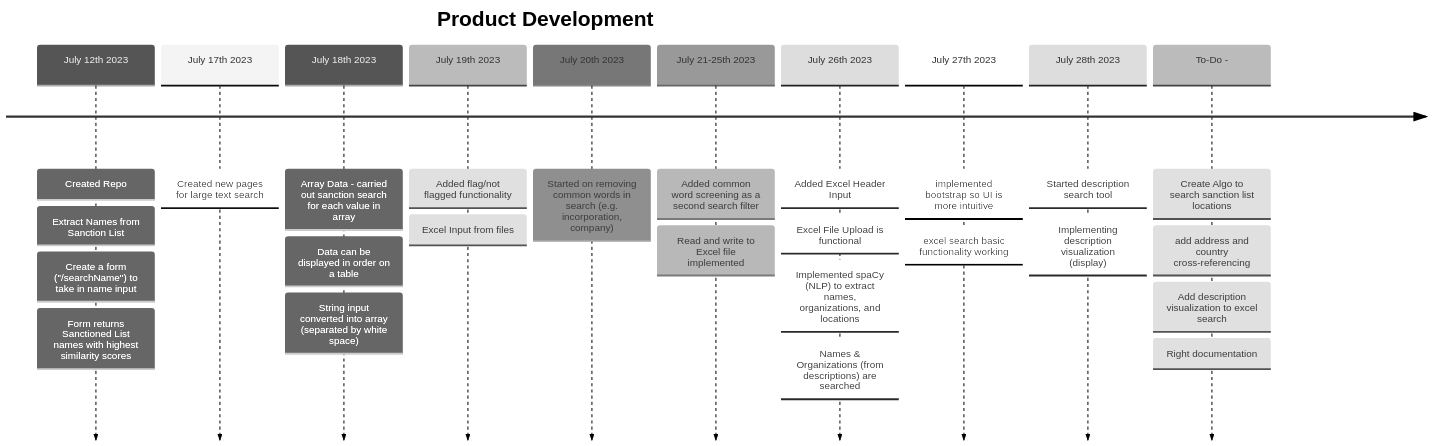
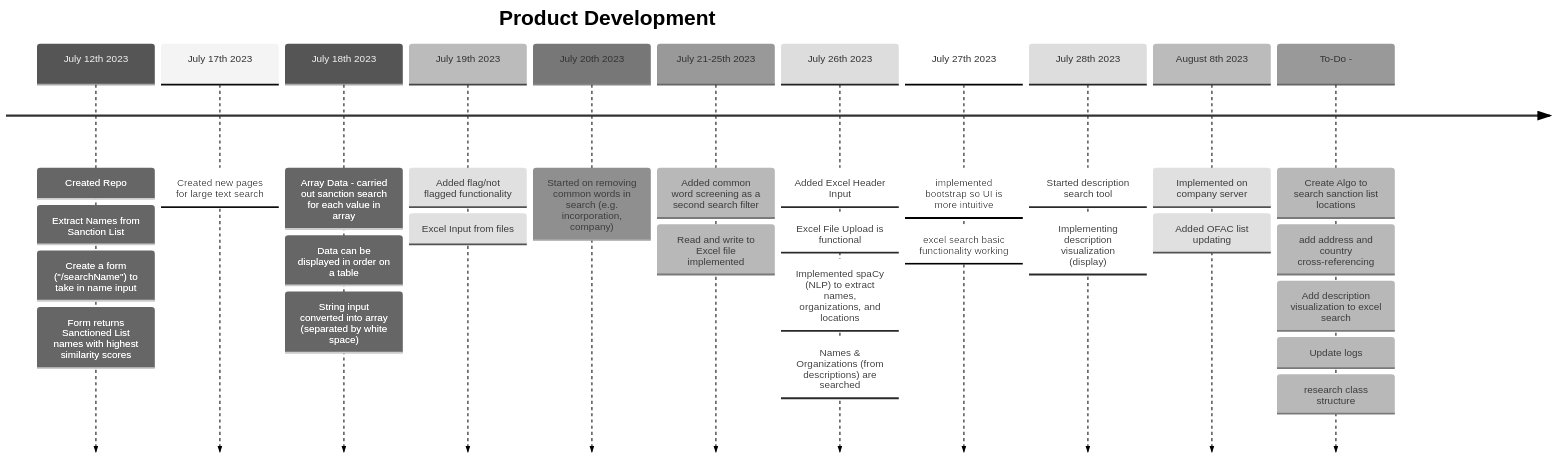
Before and after one commit to james-csy/sanctionlistchecker: the diagram in README.md, drawn with Mermaid (neutral theme).

````diff
--- a/README.md
+++ b/README.md
@@ -6,14 +6,15 @@
 ```mermaid
 timeline
     title Product Development
     July 12th 2023: Created Repo: Extract Names from Sanction List: Create a form ("/searchName") to take in name input: Form returns Sanctioned List names with highest similarity scores
     July 17th 2023: Created new pages for large text search
     July 18th 2023: Array Data - carried out sanction search for each value in array: Data can be displayed in order on a table: String input converted into array (separated by white space)
     July 19th 2023: Added flag/not flagged functionality: Excel Input from files
     July 20th 2023: Started on removing common words in search (e.g. incorporation, company)
     July 21-25th 2023: Added common word screening as a second search filter: Read and write to Excel file implemented
     July 26th 2023: Added Excel Header Input: Excel File Upload is functional: Implemented spaCy (NLP) to extract names, organizations, and locations: Names & Organizations (from descriptions) are searched
     July 27th 2023: implemented bootstrap so UI is more intuitive: excel search basic functionality working
     July 28th 2023: Started description search tool: Implementing description visualization (display)
-    To-Do - : Create Algo to search sanction list locations: add address and country cross-referencing: Add description visualization to excel search: Right documentation
+    August 8th 2023: Implemented on company server: Added OFAC list updating
+    To-Do - : Create Algo to search sanction list locations: add address and country cross-referencing: Add description visualization to excel search: Update logs: research class structure
 ```
````
